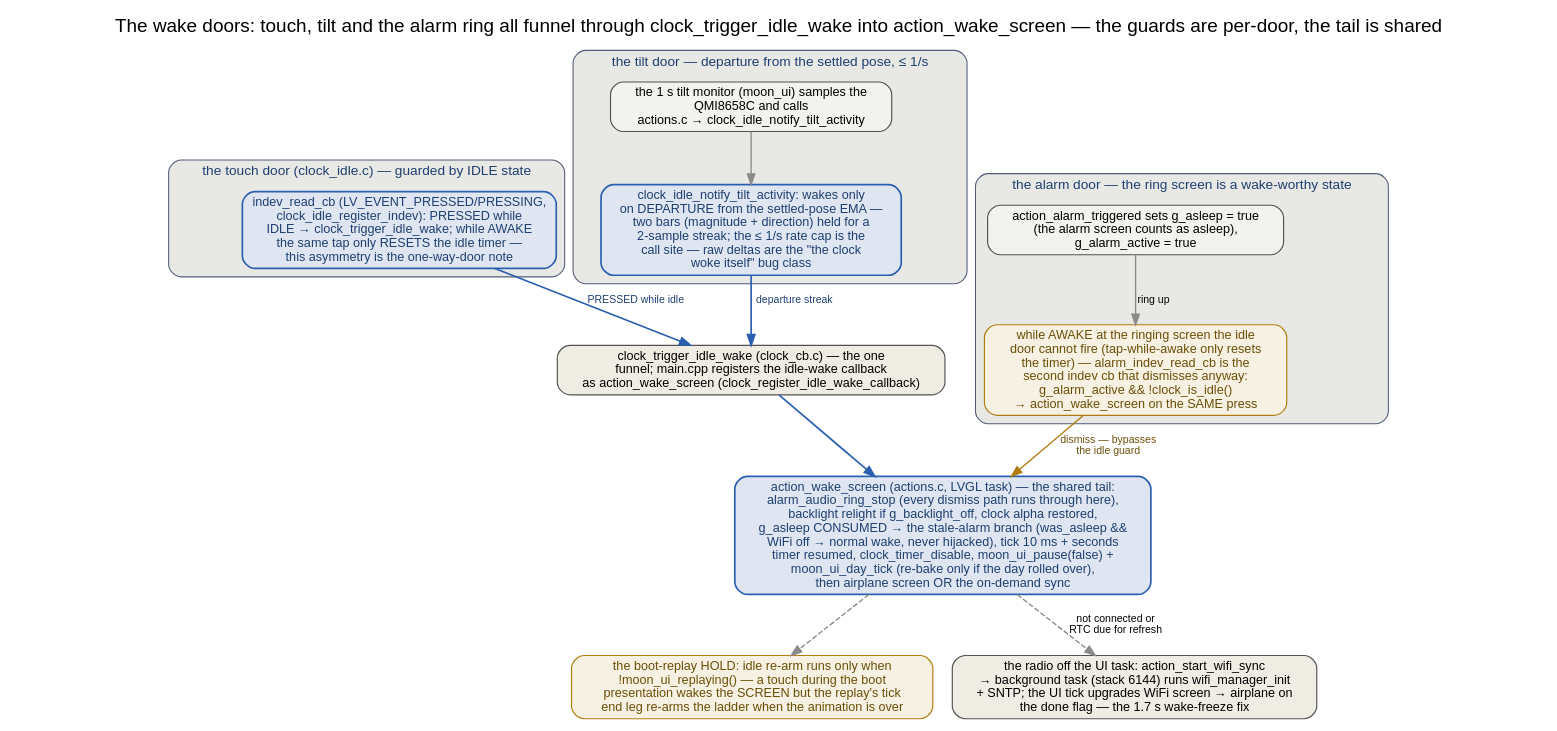
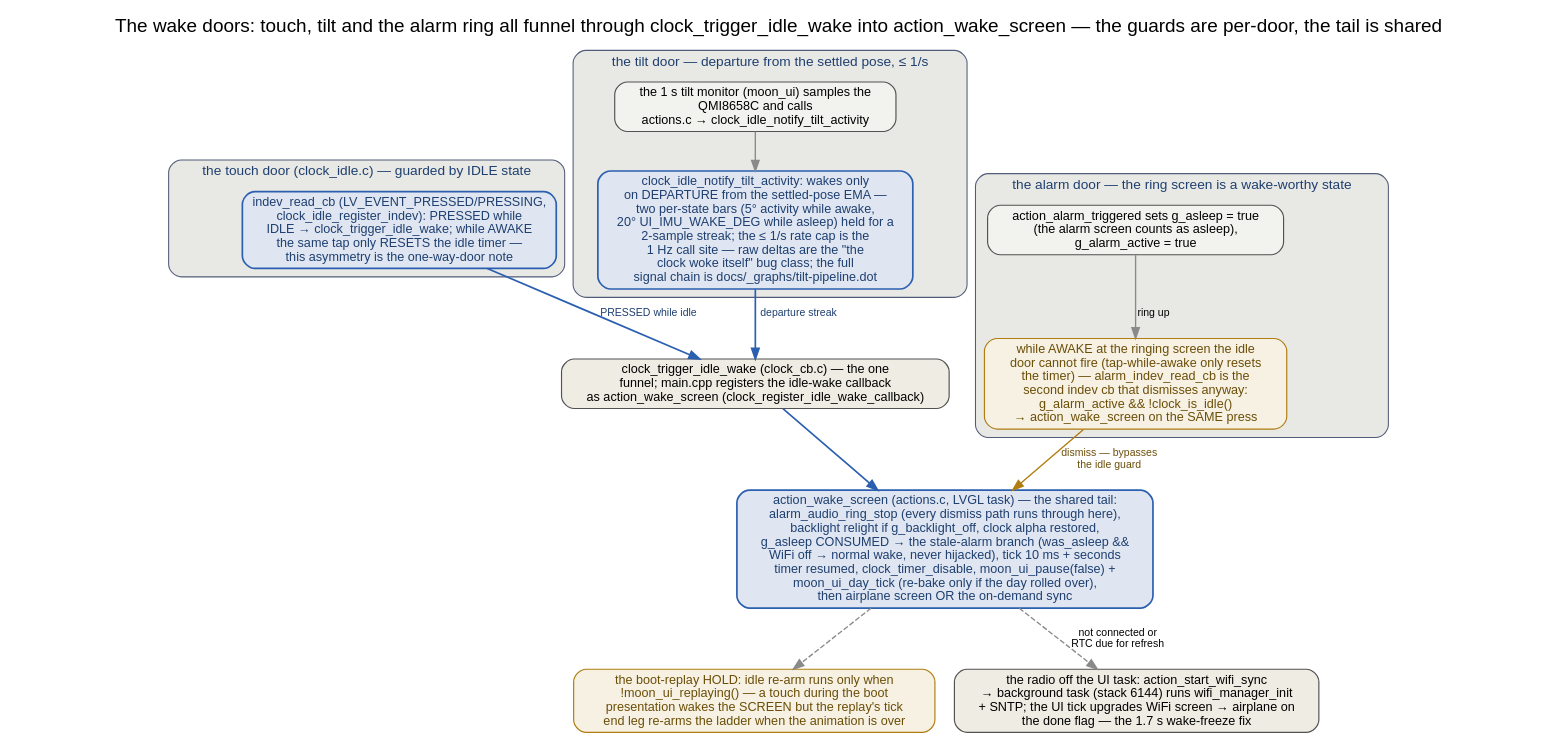
One commit to ukos-git/moon-clock-esp changed the diagram in docs/_graphs/wake-doors.dot. Above: the diagram before and after it, drawn with Graphviz. The commit also changed 8 other files, not shown here.

First line of the commit message:
docs: sketch the tilt pipeline and the flush path, add the static footprint

```diff
--- a/docs/_graphs/wake-doors.dot
+++ b/docs/_graphs/wake-doors.dot
@@ -1,73 +1,73 @@
 // The three wake doors and the one shared tail — which code guards each
 // door, and what action_wake_screen does with the press. Every edge
 // verified in components/clock/clock_idle.c, clock_cb.c, main/main.cpp
 // and components/ui/actions.c.
 // Rendered inline as SVG by sphinx.ext.graphviz (dot on PATH).
 digraph wake_doors {
     label="The wake doors: touch, tilt and the alarm ring all funnel through clock_trigger_idle_wake into action_wake_screen — the guards are per-door, the tail is shared";
     labelloc="t";
     fontname="Helvetica"; fontsize=18;
     node [fontname="Helvetica", fontsize=12, style="rounded,filled",
           shape=box, width=1.8, height=0.5,
           fillcolor="#f2f2ef", color="#525252", penwidth=1.1];
     edge [fontname="Helvetica", fontsize=10, color="#8a8a8a", penwidth=1.3];
 
     subgraph cluster_touch {
         label="the touch door (clock_idle.c) — guarded by IDLE state";
         labeljust="l";
         style="rounded,filled";
         fillcolor="#e8e8e4";
         color="#525c78";
         fontsize=13; fontcolor="#1e3f70";
 
         tap [label="indev_read_cb (LV_EVENT_PRESSED/PRESSING,\nclock_idle_register_indev): PRESSED while\nIDLE → clock_trigger_idle_wake; while AWAKE\nthe same tap only RESETS the idle timer —\nthis asymmetry is the one-way-door note",
              fillcolor="#dfe6f1", color="#2b5fb0", fontcolor="#1e3f70", penwidth=1.6];
     }
 
     subgraph cluster_tilt {
         label="the tilt door — departure from the settled pose, ≤ 1/s";
         labeljust="l";
         style="rounded,filled";
         fillcolor="#e8e8e4";
         color="#525c78";
         fontsize=13; fontcolor="#1e3f70";
 
         monitor [label="the 1 s tilt monitor (moon_ui) samples the\nQMI8658C and calls\nactions.c → clock_idle_notify_tilt_activity"];
-        depart [label="clock_idle_notify_tilt_activity: wakes only\non DEPARTURE from the settled-pose EMA —\ntwo bars (magnitude + direction) held for a\n2-sample streak; the ≤ 1/s rate cap is the\ncall site — raw deltas are the \"the clock\nwoke itself\" bug class",
+        depart [label="clock_idle_notify_tilt_activity: wakes only\non DEPARTURE from the settled-pose EMA —\ntwo per-state bars (5° activity while awake,\n20° UI_IMU_WAKE_DEG while asleep) held for a\n2-sample streak; the ≤ 1/s rate cap is the\n1 Hz call site — raw deltas are the \"the\nclock woke itself\" bug class; the full\nsignal chain is docs/_graphs/tilt-pipeline.dot",
                   fillcolor="#dfe6f1", color="#2b5fb0", fontcolor="#1e3f70", penwidth=1.6];
     }
 
     subgraph cluster_alarm {
         label="the alarm door — the ring screen is a wake-worthy state";
         labeljust="l";
         style="rounded,filled";
         fillcolor="#e8e8e4";
         color="#525c78";
         fontsize=13; fontcolor="#1e3f70";
 
         rang [label="action_alarm_triggered sets g_asleep = true\n(the alarm screen counts as asleep),\ng_alarm_active = true"];
         bypas [label="while AWAKE at the ringing screen the idle\ndoor cannot fire (tap-while-awake only resets\nthe timer) — alarm_indev_read_cb is the\nsecond indev cb that dismisses anyway:\ng_alarm_active && !clock_is_idle()\n→ action_wake_screen on the SAME press",
                   fillcolor="#f6f1e2", color="#b07d10", fontcolor="#6b4e08"];
     }
 
     trigger [label="clock_trigger_idle_wake (clock_cb.c) — the one\nfunnel; main.cpp registers the idle-wake callback\nas action_wake_screen (clock_register_idle_wake_callback)",
              fillcolor="#efece4"];
 
     wake [label="action_wake_screen (actions.c, LVGL task) — the shared tail:\nalarm_audio_ring_stop (every dismiss path runs through here),\nbacklight relight if g_backlight_off, clock alpha restored,\ng_asleep CONSUMED → the stale-alarm branch (was_asleep &&\nWiFi off → normal wake, never hijacked), tick 10 ms + seconds\ntimer resumed, clock_timer_disable, moon_ui_pause(false) +\nmoon_ui_day_tick (re-bake only if the day rolled over),\nthen airplane screen OR the on-demand sync",
           fillcolor="#dfe6f1", color="#2b5fb0", fontcolor="#1e3f70", penwidth=1.6];
 
     hold [label="the boot-replay HOLD: idle re-arm runs only when\n!moon_ui_replaying() — a touch during the boot\npresentation wakes the SCREEN but the replay's tick\nend leg re-arms the ladder when the animation is over",
            fillcolor="#f6f1e2", color="#b07d10", fontcolor="#6b4e08"];
 
     sync [label="the radio off the UI task: action_start_wifi_sync\n→ background task (stack 6144) runs wifi_manager_init\n+ SNTP; the UI tick upgrades WiFi screen → airplane on\nthe done flag — the 1.7 s wake-freeze fix",
           fillcolor="#efece4"];
 
     tap -> trigger [color="#2b5fb0", penwidth=1.6, fontcolor="#1e3f70", label="PRESSED while idle"];
     monitor -> depart;
     depart -> trigger [color="#2b5fb0", penwidth=1.6, fontcolor="#1e3f70", label="departure streak"];
     rang -> bypas [label="ring up"];
     bypas -> wake [color="#b07d10", fontcolor="#6b4e08", label="dismiss — bypasses\nthe idle guard"];
     trigger -> wake [color="#2b5fb0", penwidth=1.6, fontcolor="#1e3f70"];
     wake -> hold [style=dashed];
     wake -> sync [style=dashed, label="not connected or\nRTC due for refresh"];
 }
```
